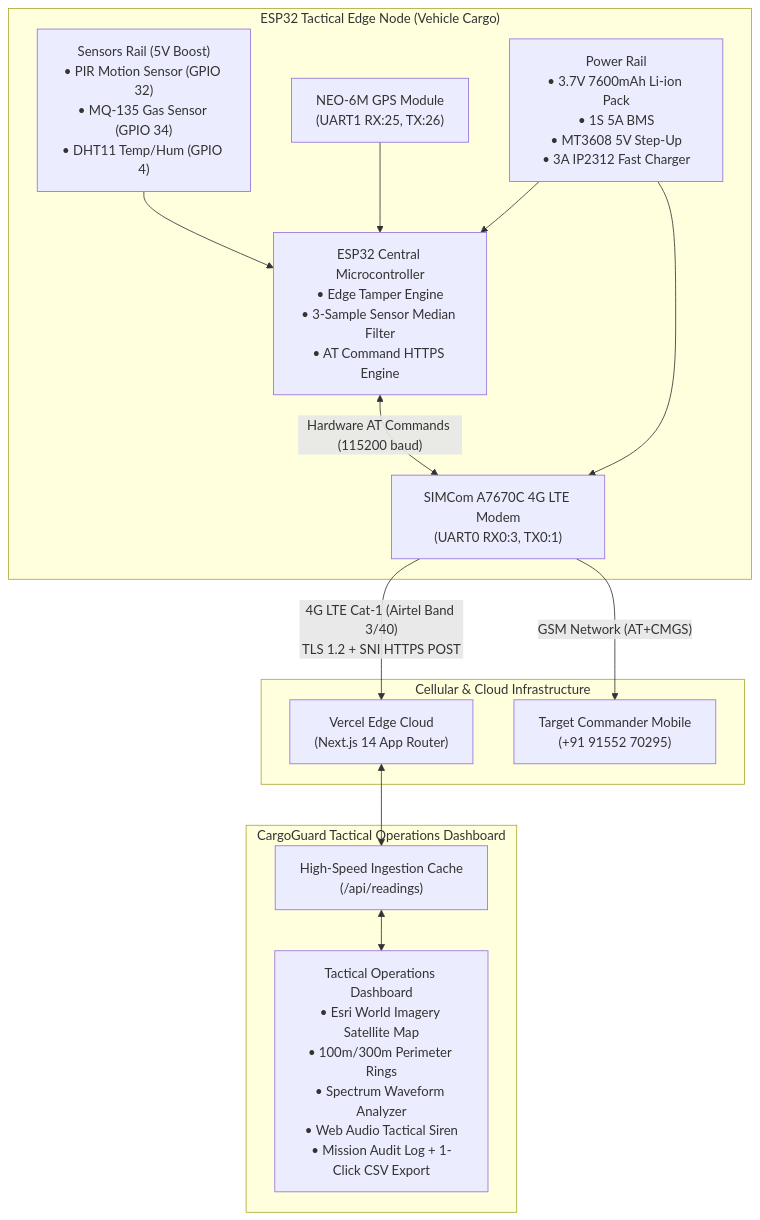
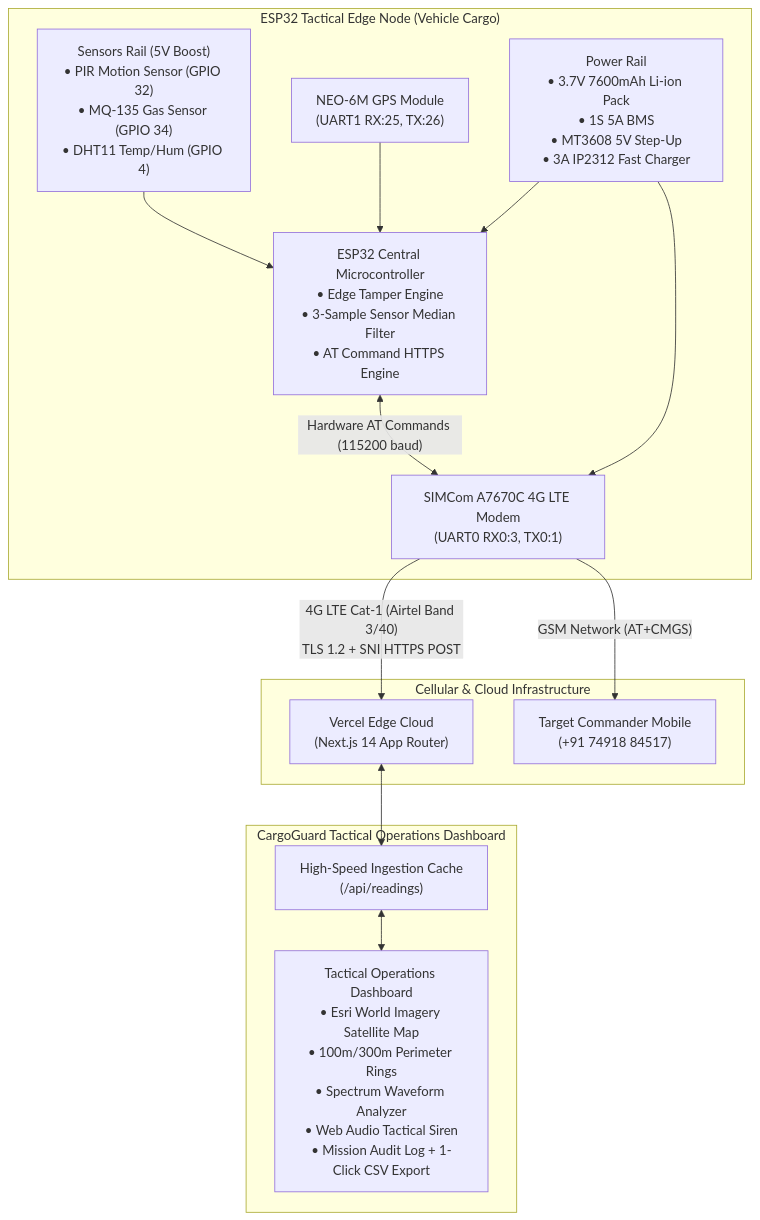
One commit to Ankur1212s/CargoGuard changed the diagram in README.md. Above: the diagram before and after it, drawn with Mermaid. The commit also changed other lines of this file and 1 other file, not shown here.

````diff
--- a/README.md
+++ b/README.md
@@ -18,26 +18,26 @@
 ```mermaid
 flowchart TD
     subgraph EdgeNode["ESP32 Tactical Edge Node (Vehicle Cargo)"]
         Sensors["Sensors Rail (5V Boost)\n• PIR Motion Sensor (GPIO 32)\n• MQ-135 Gas Sensor (GPIO 34)\n• DHT11 Temp/Hum (GPIO 4)"]
         GPS["NEO-6M GPS Module\n(UART1 RX:25, TX:26)"]
         MCU["ESP32 Central Microcontroller\n• Edge Tamper Engine\n• 3-Sample Sensor Median Filter\n• AT Command HTTPS Engine"]
         Modem["SIMCom A7670C 4G LTE Modem\n(UART0 RX0:3, TX0:1)"]
         Power["Power Rail\n• 3.7V 7600mAh Li-ion Pack\n• 1S 5A BMS\n• MT3608 5V Step-Up\n• 3A IP2312 Fast Charger"]
         
         Sensors --> MCU
         GPS --> MCU
         Power --> MCU
         Power --> Modem
         MCU <-->|"Hardware AT Commands (115200 baud)"| Modem
     end
 
     subgraph Network["Cellular & Cloud Infrastructure"]
         Modem -->|"4G LTE Cat-1 (Airtel Band 3/40)\nTLS 1.2 + SNI HTTPS POST"| VercelCloud["Vercel Edge Cloud\n(Next.js 14 App Router)"]
-        Modem -->|"GSM Network (AT+CMGS)"| SMSGateway["Target Commander Mobile\n(+91 91552 70295)"]
+        Modem -->|"GSM Network (AT+CMGS)"| SMSGateway["Target Commander Mobile\n(+91 74918 84517)"]
     end
 
     subgraph WebC2["CargoGuard Tactical Operations Dashboard"]
         VercelCloud <--> InMem["High-Speed Ingestion Cache\n(/api/readings)"]
         InMem <--> Dashboard["Tactical Operations Dashboard\n• Esri World Imagery Satellite Map\n• 100m/300m Perimeter Rings\n• Spectrum Waveform Analyzer\n• Web Audio Tactical Siren\n• Mission Audit Log + 1-Click CSV Export"]
     end
 ```
````
